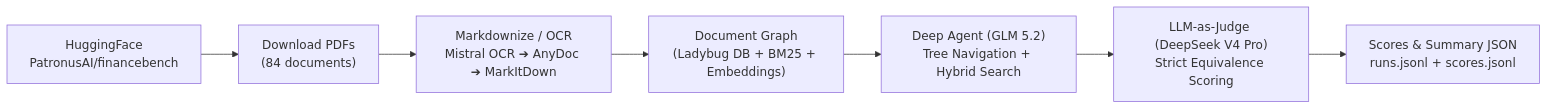
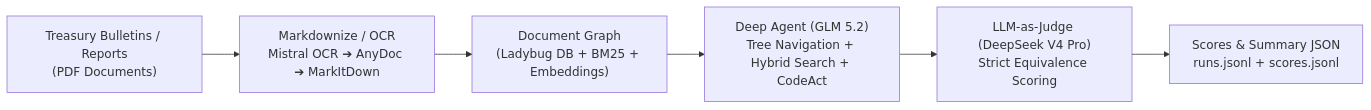
Before and after one commit to tclatos/officeqa: the diagram in README.md, drawn with Mermaid. The commit also changed other lines of this file and 15 other files, not shown here.

Commit message:
feat(bench): implement error categorization, clean up skills, and complete roadmap

````diff
--- a/README.md
+++ b/README.md
@@ -16,9 +16,8 @@
 ```mermaid
 flowchart LR
-  HF["HuggingFace\nPatronusAI/financebench"] --> Fetch["Download PDFs\n(84 documents)"]
-  Fetch --> OCR["Markdownize / OCR\nMistral OCR ➔ AnyDoc ➔ MarkItDown"]
+  Docs["Treasury Bulletins / Reports\n(PDF Documents)"] --> OCR["Markdownize / OCR\nMistral OCR ➔ AnyDoc ➔ MarkItDown"]
   OCR --> Graph["Document Graph\n(Ladybug DB + BM25 + Embeddings)"]
-  Graph --> Agent["Deep Agent (GLM 5.2)\nTree Navigation + Hybrid Search"]
+  Graph --> Agent["Deep Agent (GLM 5.2)\nTree Navigation + Hybrid Search + CodeAct"]
   Agent --> Grade["LLM-as-Judge (DeepSeek V4 Pro)\nStrict Equivalence Scoring"]
   Grade --> Results["Scores & Summary JSON\nruns.jsonl + scores.jsonl"]
 ```
````
